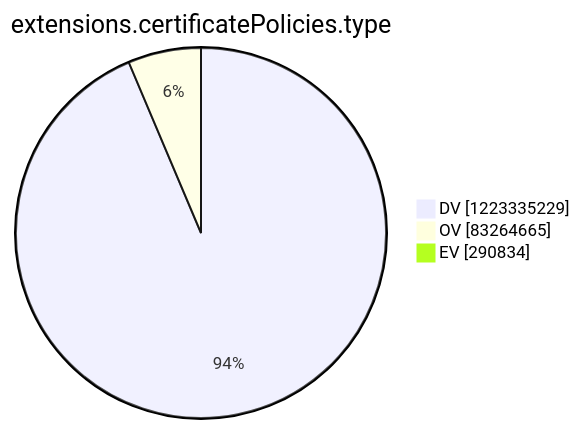
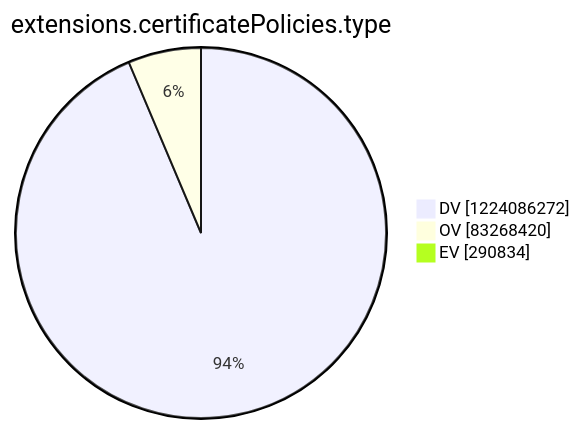
The tenth of 15 diagrams in argon2022/README.md (christiankrug/ctmonitor_visualization), drawn with Mermaid before and after one commit. The commit also changed other lines of this file, not shown here.

````diff
--- a/argon2022/README.md
+++ b/argon2022/README.md
@@ -2770,7 +2770,7 @@
 ```mermaid
 pie showData
 title extensions.certificatePolicies.type
-"DV" :1223335229
-"OV" :83264665
+"DV" :1224086272
+"OV" :83268420
 "EV" :290834
 ```
````
